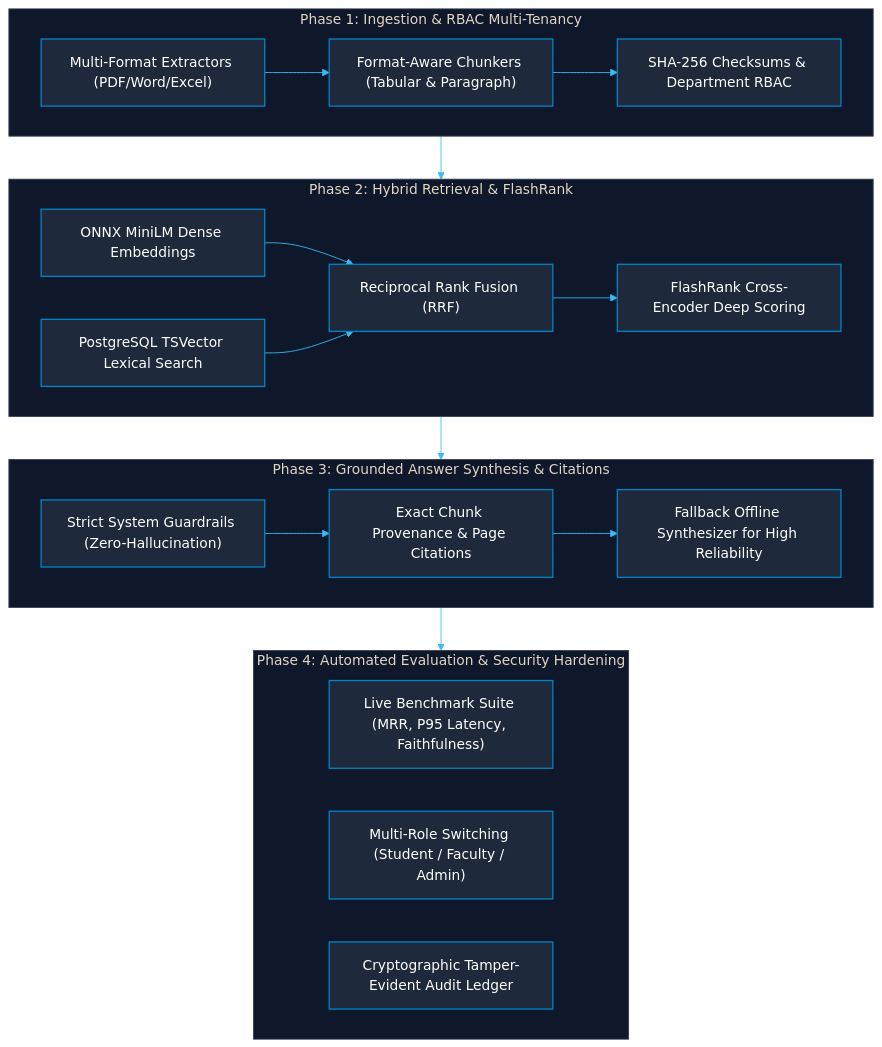
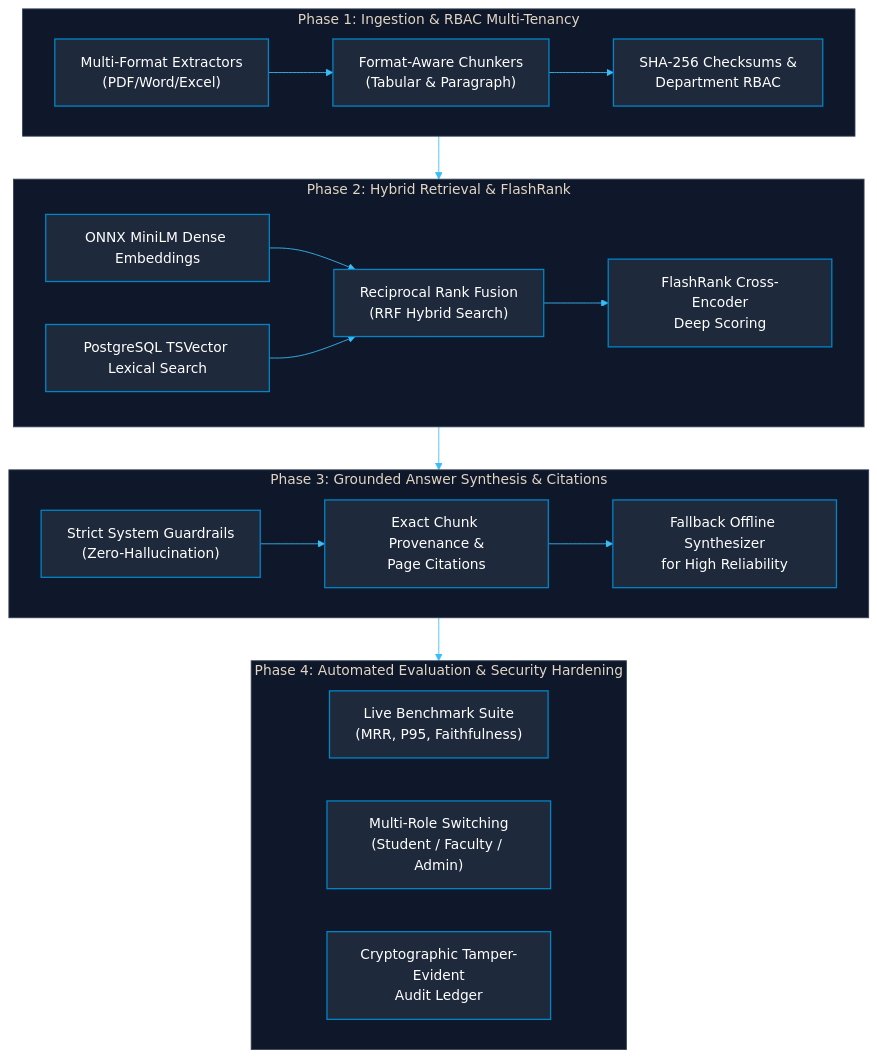
The first of 4 diagrams in docs/PROJECT_BRIEF.md (abhay-patil-cse27/concord-ikms), drawn with Mermaid before and after one commit. The commit also changed other lines of this file, not shown here.

Commit message:
docs: format and structure docs/PROJECT_BRIEF.md with tables and high-contrast mermaid diagrams

````diff
--- a/docs/PROJECT_BRIEF.md
+++ b/docs/PROJECT_BRIEF.md
@@ -5,31 +5,31 @@
 ```mermaid
 %%{init: {'theme': 'base', 'themeVariables': { 'primaryColor': '#0284c7', 'primaryTextColor': '#ffffff', 'primaryBorderColor': '#0369a1', 'lineColor': '#38bdf8', 'secondaryColor': '#0f172a', 'tertiaryColor': '#1e293b', 'clusterBkg': '#0f172a', 'clusterBorder': '#334155', 'fontFamily': 'Inter, sans-serif'}}}%%
 graph TD
     subgraph Phase1 ["Phase 1: Ingestion & RBAC Multi-Tenancy"]
-        P1A["Multi-Format Extractors (PDF/Word/Excel)"] --> P1B["Format-Aware Chunkers (Tabular & Paragraph)"]
-        P1B --> P1C["SHA-256 Checksums & Department RBAC"]
+        P1A["Multi-Format Extractors<br/>(PDF/Word/Excel)"] --> P1B["Format-Aware Chunkers<br/>(Tabular & Paragraph)"]
+        P1B --> P1C["SHA-256 Checksums &<br/>Department RBAC"]
     end
 
     subgraph Phase2 ["Phase 2: Hybrid Retrieval & FlashRank"]
-        P2A["ONNX MiniLM Dense Embeddings"] --> P2C["Reciprocal Rank Fusion (RRF)"]
+        P2A["ONNX MiniLM Dense Embeddings"] --> P2C["Reciprocal Rank Fusion<br/>(RRF Hybrid Search)"]
         P2B["PostgreSQL TSVector Lexical Search"] --> P2C
-        P2C --> P2D["FlashRank Cross-Encoder Deep Scoring"]
+        P2C --> P2D["FlashRank Cross-Encoder<br/>Deep Scoring"]
     end
 
     subgraph Phase3 ["Phase 3: Grounded Answer Synthesis & Citations"]
-        P3A["Strict System Guardrails (Zero-Hallucination)"] --> P3B["Exact Chunk Provenance & Page Citations"]
-        P3B --> P3C["Fallback Offline Synthesizer for High Reliability"]
+        P3A["Strict System Guardrails<br/>(Zero-Hallucination)"] --> P3B["Exact Chunk Provenance &<br/>Page Citations"]
+        P3B --> P3C["Fallback Offline Synthesizer<br/>for High Reliability"]
     end
 
     subgraph Phase4 ["Phase 4: Automated Evaluation & Security Hardening"]
-        P4A["Live Benchmark Suite (MRR, P95 Latency, Faithfulness)"]
-        P4B["Multi-Role Switching (Student / Faculty / Admin)"]
-        P4C["Cryptographic Tamper-Evident Audit Ledger"]
+        P4A["Live Benchmark Suite<br/>(MRR, P95, Faithfulness)"]
+        P4B["Multi-Role Switching<br/>(Student / Faculty / Admin)"]
+        P4C["Cryptographic Tamper-Evident<br/>Audit Ledger"]
     end
 
     Phase1 --> Phase2
     Phase2 --> Phase3
     Phase3 --> Phase4
 
     classDef default fill:#1e293b,stroke:#0284c7,stroke-width:1.5px,color:#ffffff;
 ```
````
